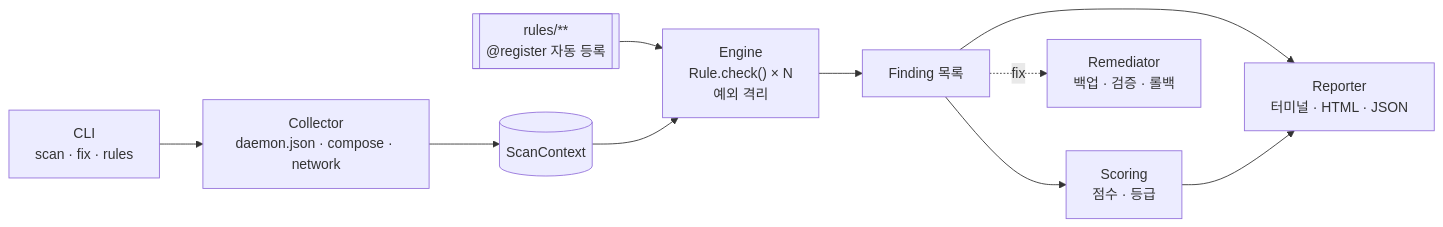
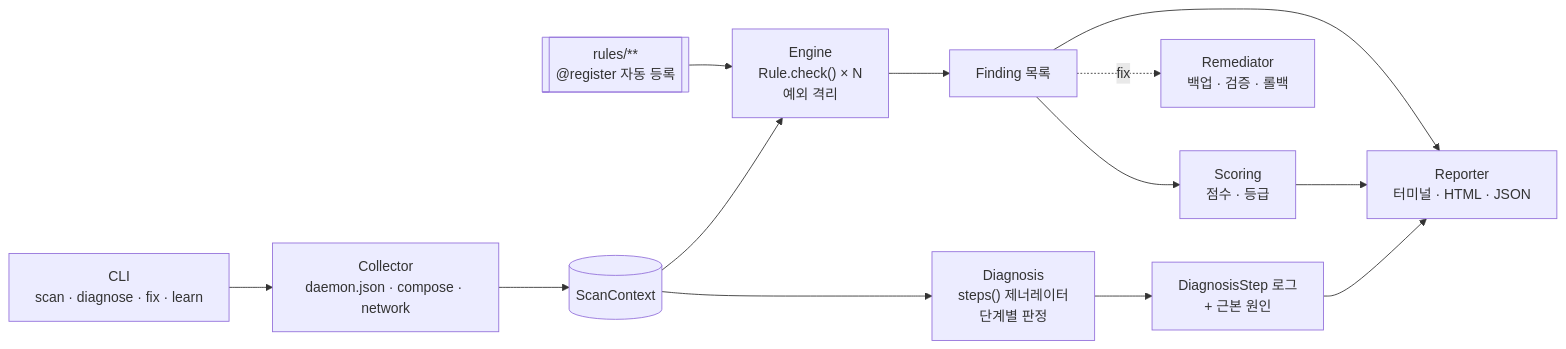
One commit to taeyangkim4875-byte/dockguard changed the third of 3 diagrams in README.md. Above: the diagram before and after it, drawn with Mermaid. The commit also changed other lines of this file and 3 other files, not shown here.

````diff
--- a/README.md
+++ b/README.md
@@ -749,12 +936,15 @@
 ```mermaid
 flowchart LR
-    CLI["CLI<br/>scan · fix · rules"] --> COL["Collector<br/>daemon.json · compose · network"]
+    CLI["CLI<br/>scan · diagnose · fix · learn"] --> COL["Collector<br/>daemon.json · compose · network"]
     COL --> CTX[("ScanContext")]
     REG[["rules/**<br/>@register 자동 등록"]] --> ENG
     CTX --> ENG["Engine<br/>Rule.check() × N<br/>예외 격리"]
     ENG --> FND["Finding 목록"]
     FND --> SC["Scoring<br/>점수 · 등급"]
     FND --> REP["Reporter<br/>터미널 · HTML · JSON"]
     SC --> REP
     FND -.->|"fix"| REM["Remediator<br/>백업 · 검증 · 롤백"]
+    CTX --> DIA["Diagnosis<br/>steps() 제너레이터<br/>단계별 판정"]
+    DIA --> DR["DiagnosisStep 로그<br/>+ 근본 원인"]
+    DR --> REP
 ```
````
